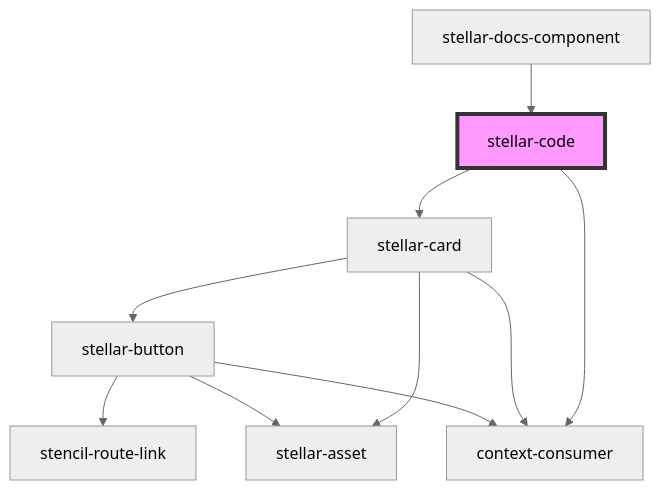
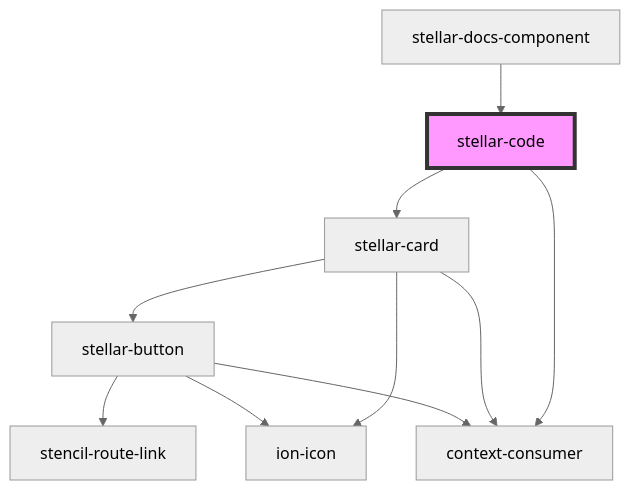
The diagram in src/components/helpers/code/readme.md (splitinfinities/Stellar), drawn with Mermaid (neutral theme) before and after one commit. The commit also changed 108 other files, not shown here.

Commit message:
Remove stellar-asset.

````diff
--- a/src/components/helpers/code/readme.md
+++ b/src/components/helpers/code/readme.md
@@ -78,13 +78,13 @@
 ```mermaid
 graph TD;
   stellar-code --> stellar-card
   stellar-code --> context-consumer
   stellar-card --> stellar-button
-  stellar-card --> stellar-asset
+  stellar-card --> ion-icon
   stellar-card --> context-consumer
-  stellar-button --> stellar-asset
+  stellar-button --> ion-icon
   stellar-button --> stencil-route-link
   stellar-button --> context-consumer
   stellar-docs-component --> stellar-code
   style stellar-code fill:#f9f,stroke:#333,stroke-width:4px
 ```
````
